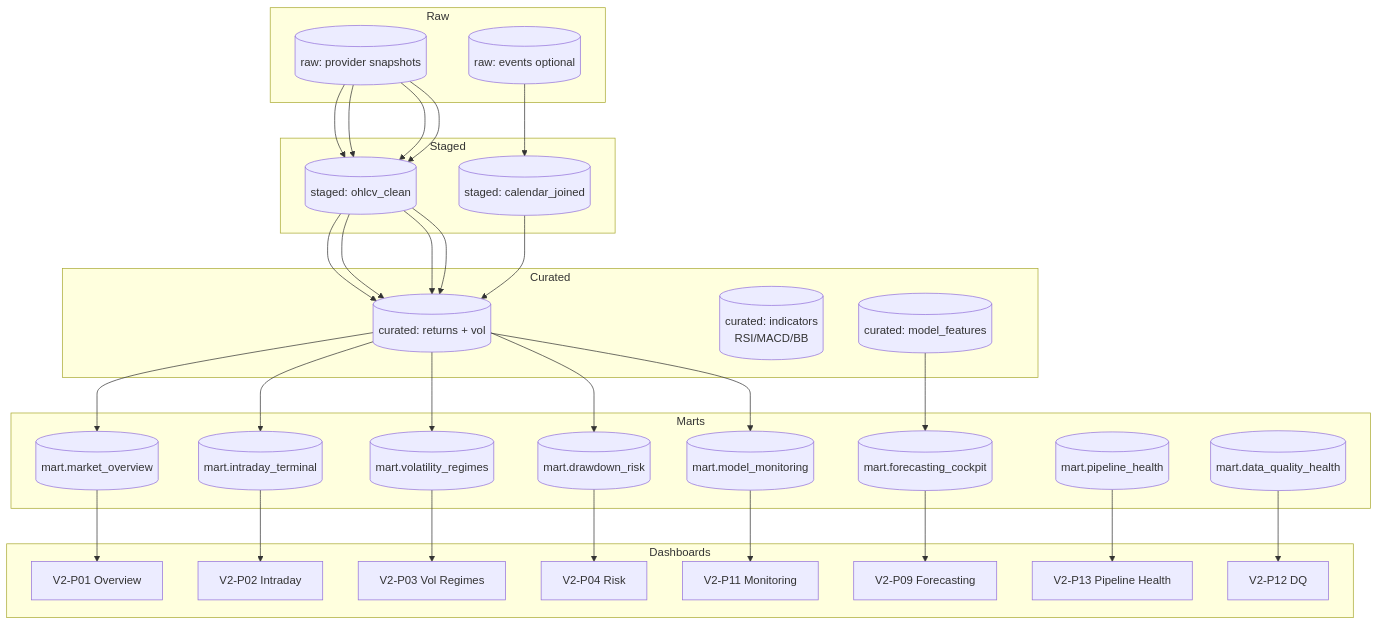
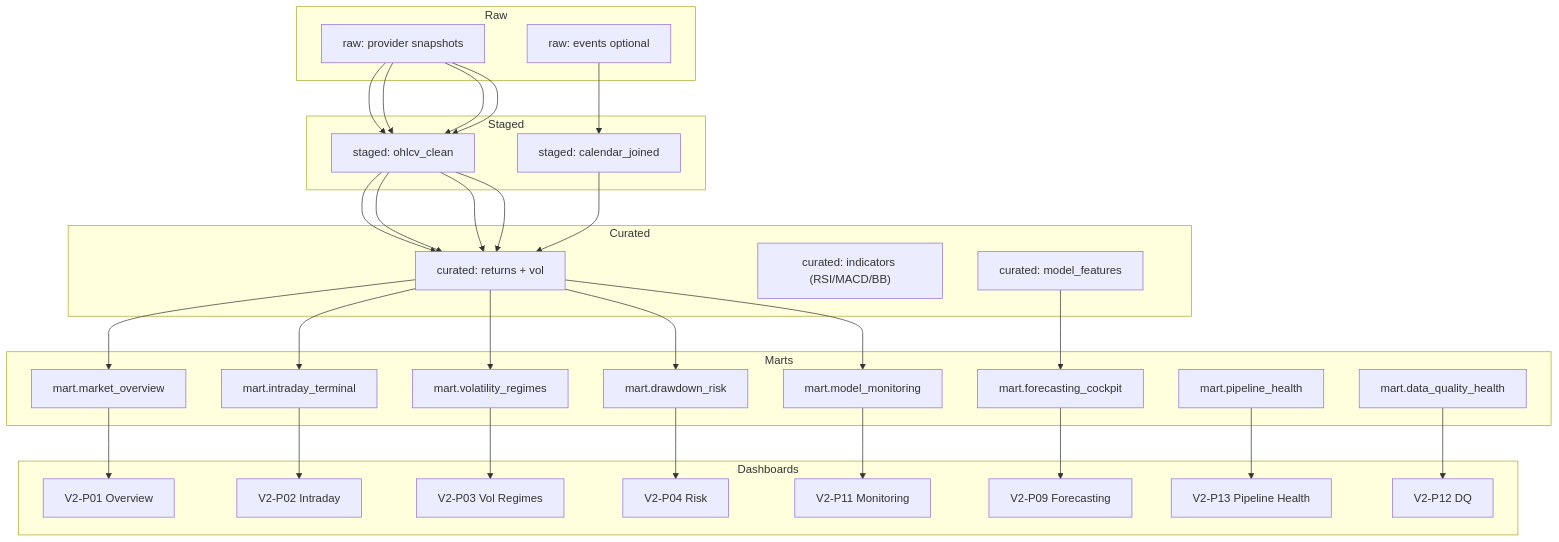
One commit to kaureena/FTSE-100-Financial-Analysis changed the second of 4 diagrams in FTSE-100-Financial-Analysis/README.md. Above: the diagram before and after it, drawn with Mermaid. The commit also changed other lines of this file, not shown here.

Commit message:
make change in readme

````diff
--- a/FTSE-100-Financial-Analysis/README.md
+++ b/FTSE-100-Financial-Analysis/README.md
@@ -220,54 +211,51 @@
 ```mermaid
-%% FTSE-100-Financial-Analysis — Data Lineage (Medallion)
+%% FTSE-100-Financial-Analysis - Data Lineage (Medallion)
 flowchart TB
-  subgraph RAW[Raw]
-    R1[(raw: provider snapshots)]
-    R2[(raw: events optional)]
+  subgraph RAW["Raw"]
+    R1["raw: provider snapshots"]
+    R2["raw: events optional"]
   end
 
-  subgraph STG[Staged]
-    S1[(staged: ohlcv_clean)]
-    S2[(staged: calendar_joined)]
+  subgraph STG["Staged"]
+    S1["staged: ohlcv_clean"]
+    S2["staged: calendar_joined"]
   end
 
-  subgraph CUR[Curated]
-    C1[(curated: returns + vol)]
-    C2[(curated: indicators
-RSI/MACD/BB)]
-    C3[(curated: model_features)]
+  subgraph CUR["Curated"]
+    C1["curated: returns + vol"]
+    C2["curated: indicators (RSI/MACD/BB)"]
+    C3["curated: model_features"]
   end
 
-  subgraph MART[Marts]
-    M1[(mart.market_overview)]
-    M2[(mart.intraday_terminal)]
-    M3[(mart.volatility_regimes)]
-    M4[(mart.drawdown_risk)]
-    M5[(mart.forecasting_cockpit)]
-    M6[(mart.model_monitoring)]
-    M7[(mart.pipeline_health)]
-    M8[(mart.data_quality_health)]
+  subgraph MART["Marts"]
+    M1["mart.market_overview"]
+    M2["mart.intraday_terminal"]
+    M3["mart.volatility_regimes"]
+    M4["mart.drawdown_risk"]
+    M5["mart.forecasting_cockpit"]
+    M6["mart.model_monitoring"]
+    M7["mart.pipeline_health"]
+    M8["mart.data_quality_health"]
   end
 
-  subgraph DASH[Dashboards]
-    D1[V2-P01 Overview]
-    D2[V2-P02 Intraday]
-    D3[V2-P03 Vol Regimes]
-    D4[V2-P04 Risk]
-    D5[V2-P09 Forecasting]
-    D6[V2-P11 Monitoring]
-    D7[V2-P13 Pipeline Health]
-    D8[V2-P12 DQ]
+  subgraph DASH["Dashboards"]
+    D1["V2-P01 Overview"]
+    D2["V2-P02 Intraday"]
+    D3["V2-P03 Vol Regimes"]
+    D4["V2-P04 Risk"]
+    D5["V2-P09 Forecasting"]
+    D6["V2-P11 Monitoring"]
+    D7["V2-P13 Pipeline Health"]
+    D8["V2-P12 DQ"]
   end
 
   R1 --> S1 --> C1 --> M1 --> D1
   R1 --> S1 --> C1 --> M2 --> D2
   R1 --> S1 --> C1 --> M3 --> D3
   R1 --> S1 --> C1 --> M4 --> D4
   C3 --> M5 --> D5
   C1 --> M6 --> D6
   M7 --> D7
   M8 --> D8
-
   R2 --> S2 --> C1
-
 ```
````
